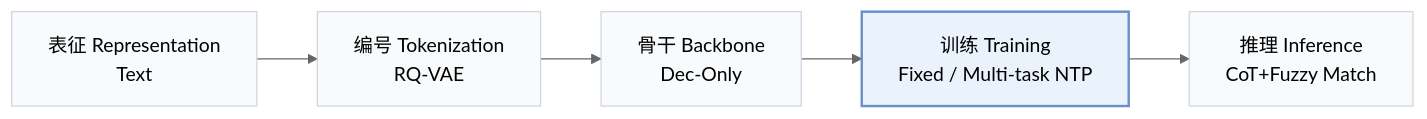
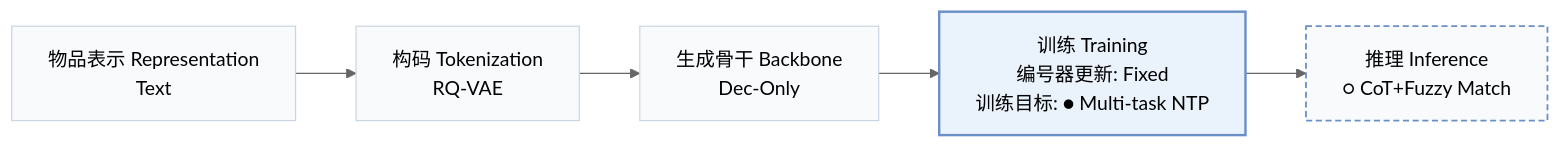
One commit to Galaxy-ghost/Awesome-SID-Generative-Rec changed the first of 2 diagrams in pages/zh/papers/intent-driven-news.md. Above: the diagram before and after it, drawn with Mermaid (neutral theme). The commit also changed other lines of this file and 558 other files, not shown here.

````diff
--- a/pages/zh/papers/intent-driven-news.md
+++ b/pages/zh/papers/intent-driven-news.md
@@ -15,8 +19,10 @@
 ```mermaid
 flowchart LR
-    R["表征 Representation<br/>Text"] --> T["编号 Tokenization<br/>RQ-VAE"] --> B["骨干 Backbone<br/>Dec-Only"] --> TR["训练 Training<br/>Fixed / Multi-task NTP"] --> I["推理 Inference<br/>CoT+Fuzzy Match"]
+    R["物品表示 Representation<br/>Text"] --> T["构码 Tokenization<br/>RQ-VAE"] --> B["生成骨干 Backbone<br/>Dec-Only"] --> TR["训练 Training<br/>编号器更新: Fixed<br/>训练目标: ● Multi-task NTP"] --> I["推理 Inference<br/>○ CoT+Fuzzy Match"]
     classDef base fill:#f8fafc,stroke:#cbd5e1
     class R,T,B,TR,I base
+    classDef other fill:#f8fafc,stroke:#6b8fc7,stroke-width:1.5px,stroke-dasharray:5 3
+    class I other
     classDef main fill:#eaf2fb,stroke:#6b8fc7,stroke-width:2px
     class TR main
 ```
````
